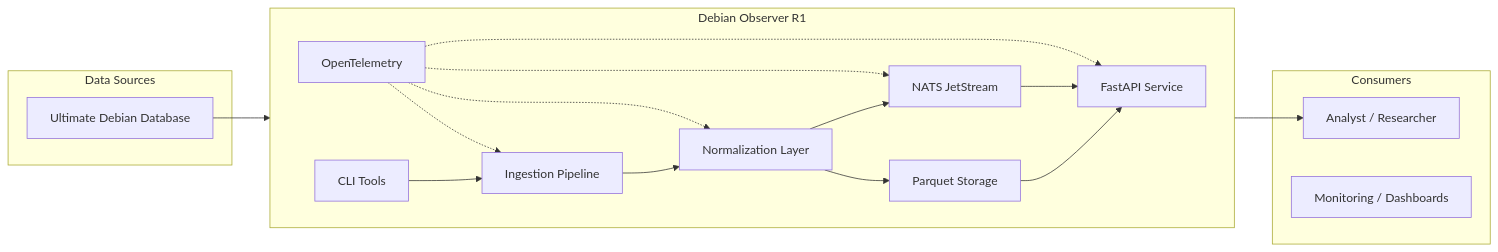
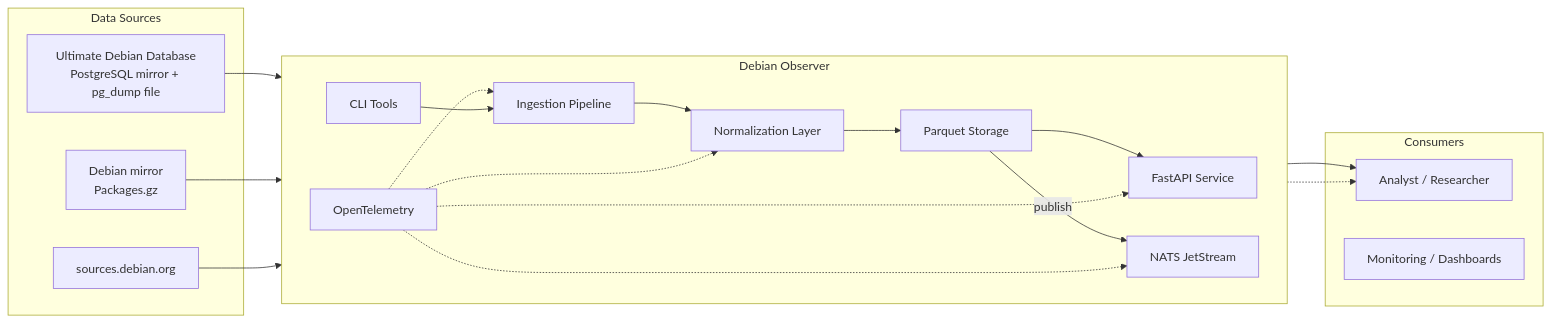
Before and after one commit to fioddor/debian-observer: the diagram in docs/architecture/overview.md, drawn with Mermaid. The commit also changed other lines of this file and 6 other files, not shown here.

First line of the commit message:
[B] docs(architecture): the platform without its plug-ins

````diff
--- a/docs/architecture/overview.md
+++ b/docs/architecture/overview.md
@@ -7,35 +7,39 @@
 ```mermaid
 flowchart LR
     subgraph DataSources["Data Sources"]
-        UDD[Ultimate Debian Database]
+        UDD[Ultimate Debian Database<br/>PostgreSQL mirror + pg_dump file]
+        MIRROR[Debian mirror<br/>Packages.gz]
+        SOURCES[sources.debian.org]
     end
 
-    subgraph CoreSystem["Debian Observer R1"]
+    subgraph CoreSystem["Debian Observer"]
         direction LR
         Ingestion["Ingestion Pipeline"]
         Normalization["Normalization Layer"]
         Storage["Parquet Storage"]
         Messaging["NATS JetStream"]
         API["FastAPI Service"]
         Observability["OpenTelemetry"]
         CLI["CLI Tools"]
     end
 
     subgraph Consumers["Consumers"]
         Analyst[Analyst / Researcher]
         Dashboard[Monitoring / Dashboards]
     end
 
     UDD --> Ingestion
+    MIRROR --> Ingestion
+    SOURCES --> Ingestion
     Ingestion --> Normalization
     Normalization --> Storage
-    Normalization --> Messaging
     Storage --> API
-    Messaging --> API
+    Storage -->|publish| Messaging
     API --> Analyst
+    Messaging -.-> Analyst
     Observability -.-> Ingestion
     Observability -.-> Normalization
     Observability -.-> Messaging
     Observability -.-> API
     CLI --> Ingestion
 ```
````
